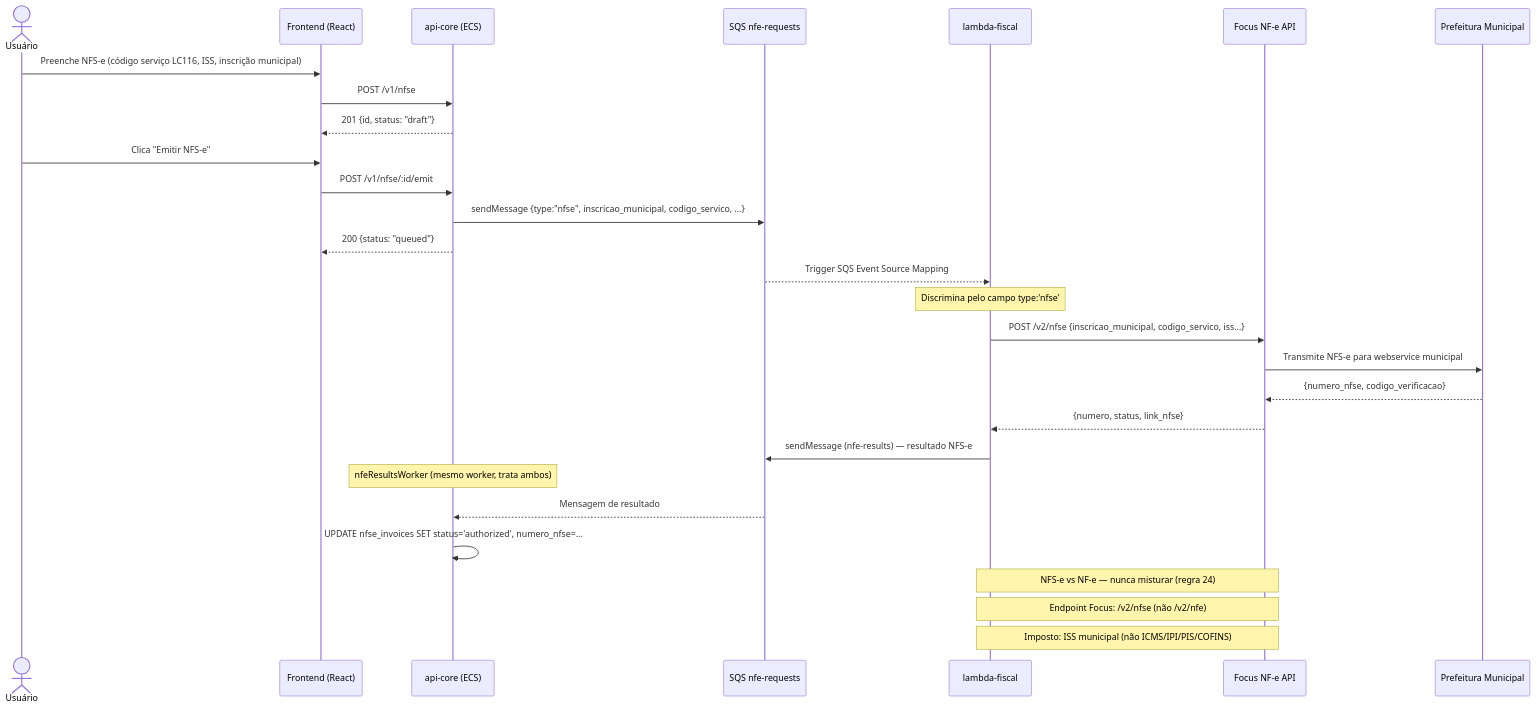
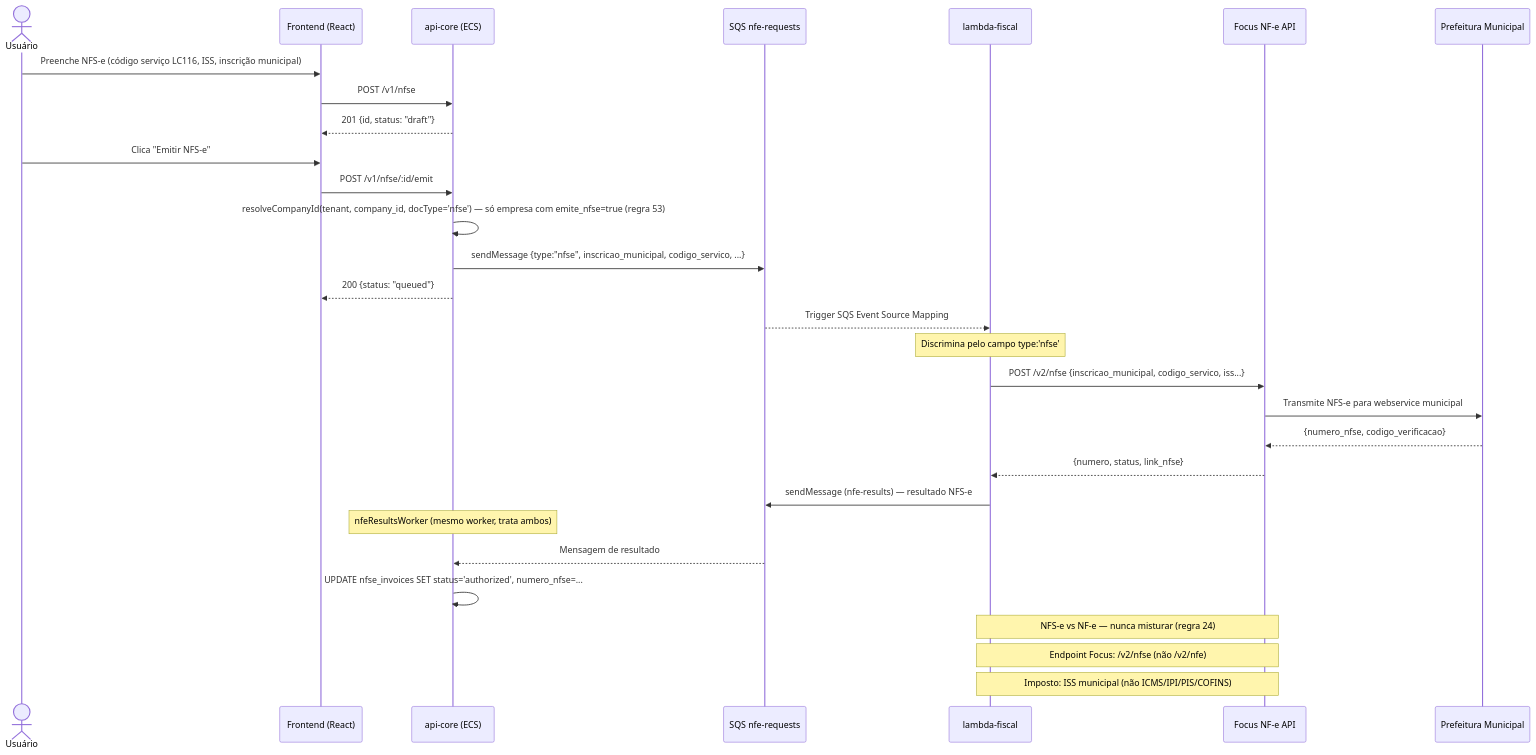
Before and after one commit to gercenioxsilva/erp-lite: the fourth of 10 diagrams in README.md, drawn with Mermaid. The commit also changed other lines of this file and 24 other files, not shown here.

````diff
--- a/README.md
+++ b/README.md
@@ -483,35 +492,36 @@
 ```mermaid
 sequenceDiagram
     actor U as Usuário
     participant F as Frontend (React)
     participant A as api-core (ECS)
     participant Q as SQS nfe-requests
     participant L as lambda-fiscal
     participant FX as Focus NF-e API
     participant PF as Prefeitura Municipal
 
     U->>F: Preenche NFS-e (código serviço LC116, ISS, inscrição municipal)
     F->>A: POST /v1/nfse
     A-->>F: 201 {id, status: "draft"}
 
     U->>F: Clica "Emitir NFS-e"
     F->>A: POST /v1/nfse/:id/emit
+    A->>A: resolveCompanyId(tenant, company_id, docType='nfse') — só empresa com emite_nfse=true (regra 53)
     A->>Q: sendMessage {type:"nfse", inscricao_municipal, codigo_servico, ...}
     A-->>F: 200 {status: "queued"}
 
     Q-->>L: Trigger SQS Event Source Mapping
     Note over L: Discrimina pelo campo type:'nfse'
     L->>FX: POST /v2/nfse {inscricao_municipal, codigo_servico, iss...}
     FX->>PF: Transmite NFS-e para webservice municipal
     PF-->>FX: {numero_nfse, codigo_verificacao}
     FX-->>L: {numero, status, link_nfse}
     L->>Q: sendMessage (nfe-results) — resultado NFS-e
 
     Note over A: nfeResultsWorker (mesmo worker, trata ambos)
     Q-->>A: Mensagem de resultado
     A->>A: UPDATE nfse_invoices SET status='authorized', numero_nfse=...
 
     Note over L,FX: NFS-e vs NF-e — nunca misturar (regra 24)
     Note over L,FX: Endpoint Focus: /v2/nfse (não /v2/nfe)
     Note over L,FX: Imposto: ISS municipal (não ICMS/IPI/PIS/COFINS)
 ```
````
